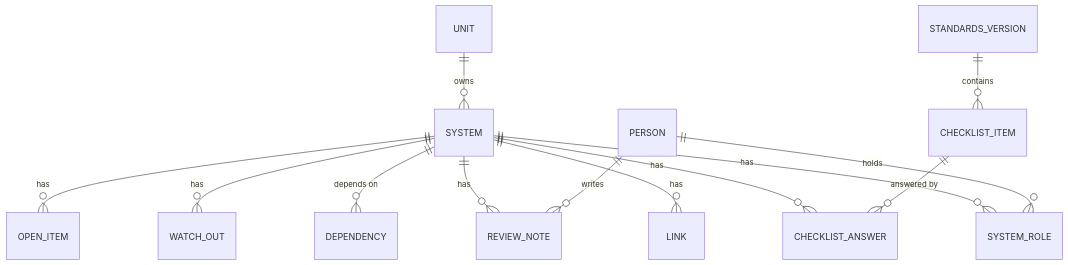
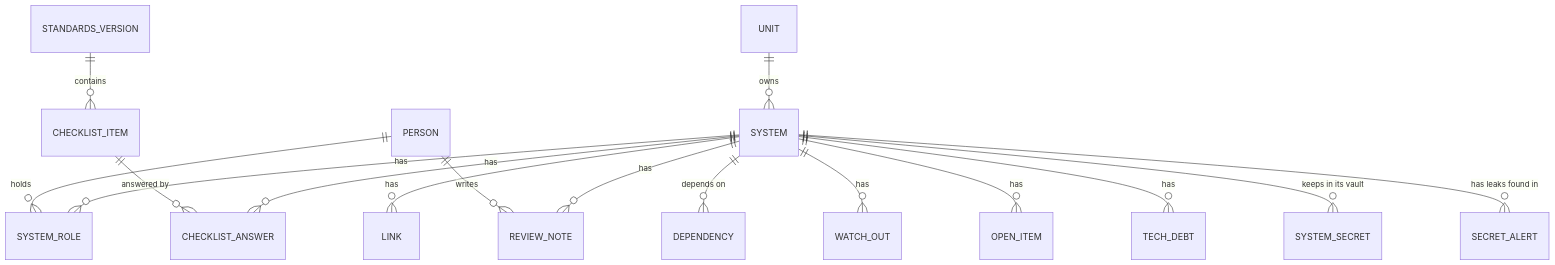
One commit to EpistemeHobo/black-cloud-portal changed the diagram in docs/data-model.md. Above: the diagram before and after it, drawn with Mermaid. The commit also changed other lines of this file and 40 other files, not shown here.

First line of the commit message:
Add a secrets vault, leak alerts and technical debt to each system

````diff
--- a/docs/data-model.md
+++ b/docs/data-model.md
@@ -18,15 +19,18 @@
 ```mermaid
 erDiagram
     UNIT ||--o{ SYSTEM : owns
     SYSTEM ||--o{ SYSTEM_ROLE : has
     PERSON ||--o{ SYSTEM_ROLE : holds
     SYSTEM ||--o{ LINK : has
     SYSTEM ||--o{ DEPENDENCY : "depends on"
     SYSTEM ||--o{ CHECKLIST_ANSWER : has
     CHECKLIST_ITEM ||--o{ CHECKLIST_ANSWER : "answered by"
     STANDARDS_VERSION ||--o{ CHECKLIST_ITEM : contains
     SYSTEM ||--o{ REVIEW_NOTE : has
     SYSTEM ||--o{ WATCH_OUT : has
     SYSTEM ||--o{ OPEN_ITEM : has
     PERSON ||--o{ REVIEW_NOTE : writes
+    SYSTEM ||--o{ TECH_DEBT : has
+    SYSTEM ||--o{ SYSTEM_SECRET : "keeps in its vault"
+    SYSTEM ||--o{ SECRET_ALERT : "has leaks found in"
 ```
````
